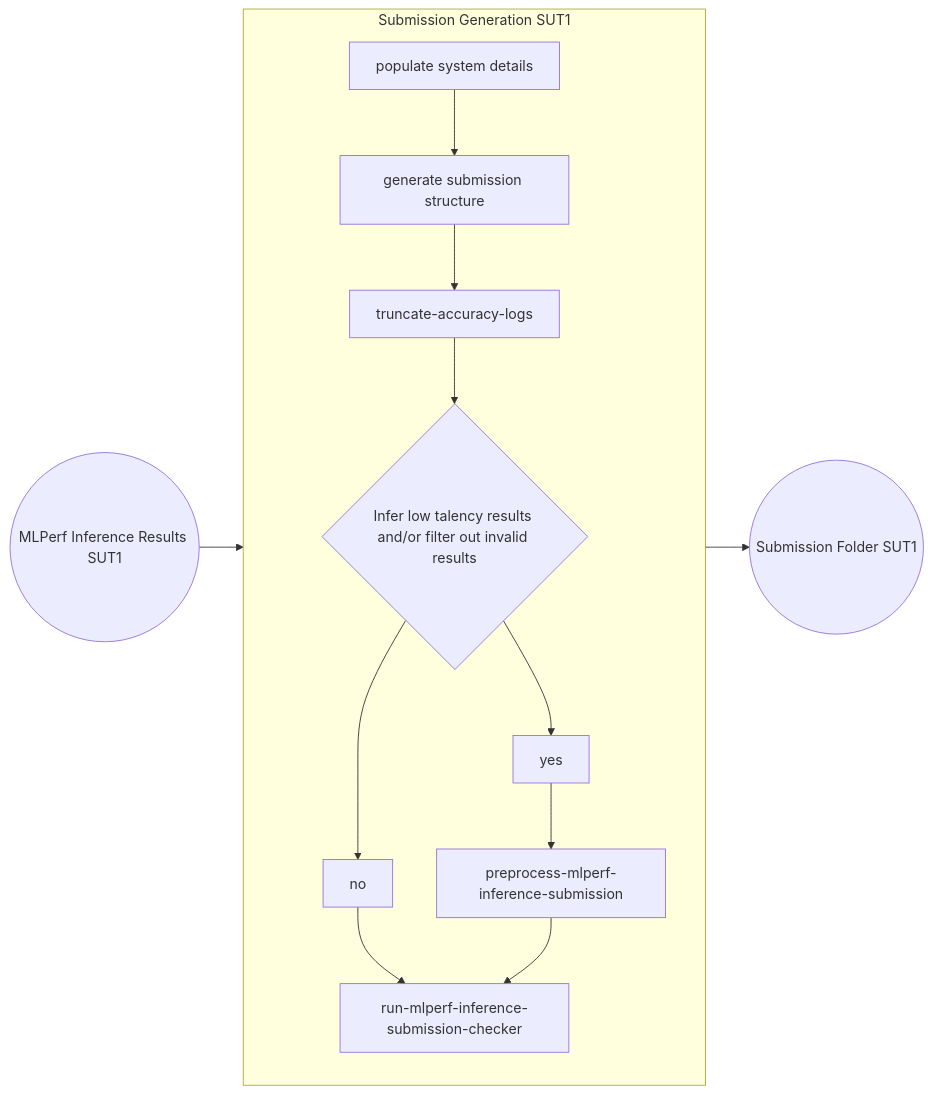
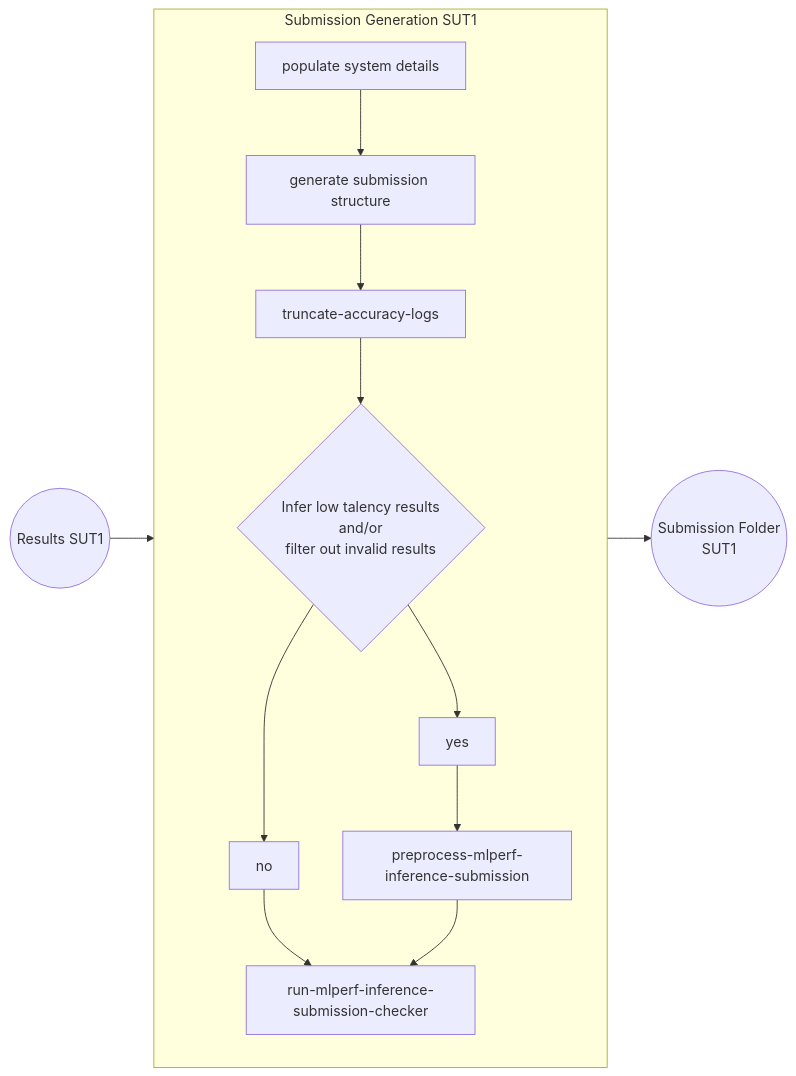
One commit to mlcommons/inference changed the first of 4 diagrams in docs/submission/index.md. Above: the diagram before and after it, drawn with Mermaid. The commit also changed other lines of this file, not shown here.

Commit message:
Fixes to submission generation docs

````diff
--- a/docs/submission/index.md
+++ b/docs/submission/index.md
@@ -71,14 +68,14 @@
 ```mermaid
 flowchart LR
     subgraph Generation [Submission Generation SUT1]
       direction TB
       A[populate system details] --> B[generate submission structure]
       B --> C[truncate-accuracy-logs]
-      C --> D{Infer low talency results and/or filter out invalid results}
+      C --> D{Infer low talency results <br>and/or<br> filter out invalid results}
       D --> yes --> E[preprocess-mlperf-inference-submission]
       D --> no --> F[run-mlperf-inference-submission-checker]
       E --> F
     end
-    Input((MLPerf Inference Results SUT1)) --> Generation
-    Generation --> Output((Submission Folder SUT1))
+    Input((Results SUT1)) --> Generation
+    Generation --> Output((Submission Folder <br> SUT1))
 ```
````
